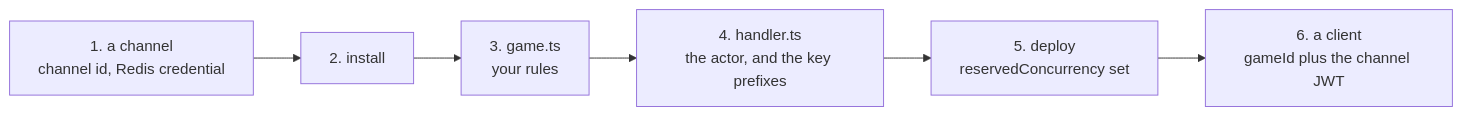
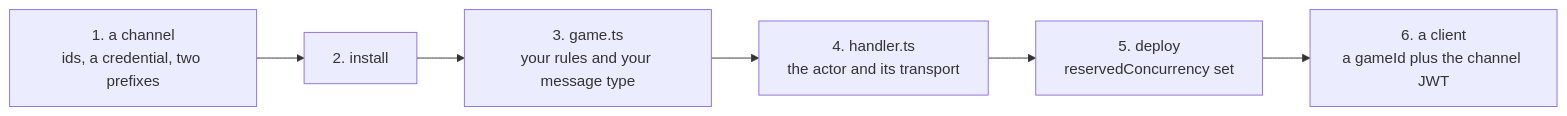
One commit to yingyeothon/tslib changed the diagram in docs/getting-started.md. Above: the diagram before and after it, drawn with Mermaid. The commit also changed other lines of this file and 3 other files, not shown here.

````diff
--- a/docs/getting-started.md
+++ b/docs/getting-started.md
@@ -6,8 +6,8 @@
 ```mermaid
 flowchart LR
-  S1["1. a channel<br/>channel id, Redis credential"] --> S2["2. install"]
-  S2 --> S3["3. game.ts<br/>your rules"]
-  S3 --> S4["4. handler.ts<br/>the actor, and the key prefixes"]
+  S1["1. a channel<br/>ids, a credential, two prefixes"] --> S2["2. install"]
+  S2 --> S3["3. game.ts<br/>your rules and your message type"]
+  S3 --> S4["4. handler.ts<br/>the actor and its transport"]
   S4 --> S5["5. deploy<br/>reservedConcurrency set"]
-  S5 --> S6["6. a client<br/>gameId plus the channel JWT"]
+  S5 --> S6["6. a client<br/>a gameId plus the channel JWT"]
 ```
````
